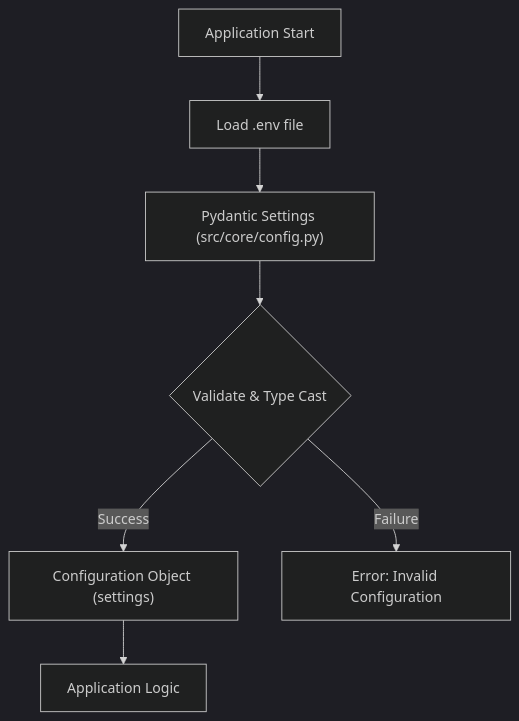
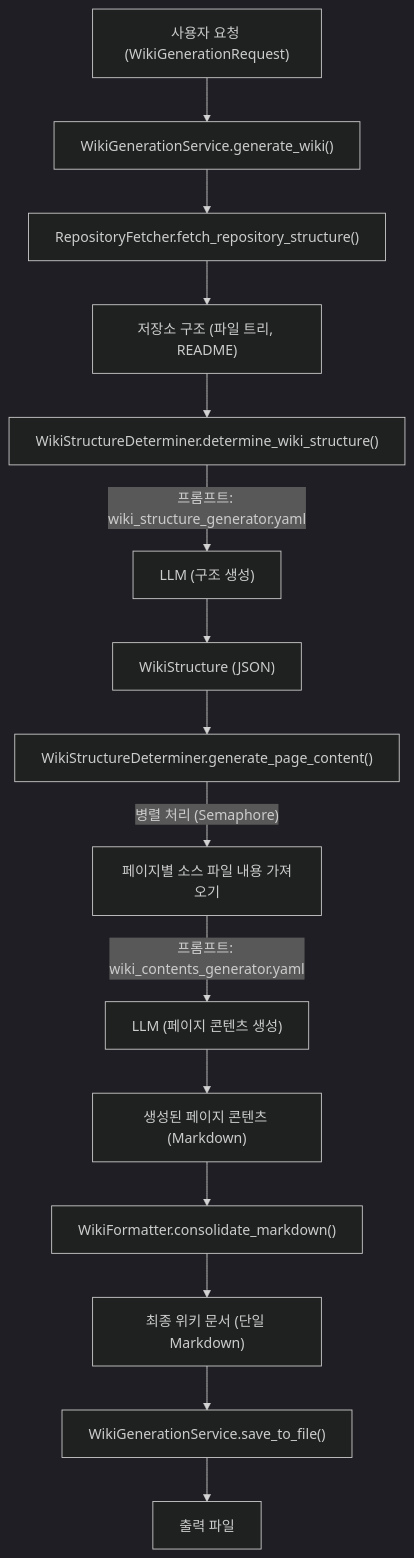
One commit to catuscio/wiki-as-readme changed the third of 21 diagrams in examples/wiki_as_README.md. Above: the diagram before and after it, drawn with Mermaid (dark theme). The commit also changed other lines of this file, not shown here.

Commit message:
docs: ✨Update examples/wiki_as_README.md via Wiki-As-Readme Action

````diff
--- a/examples/wiki_as_README.md
+++ b/examples/wiki_as_README.md
@@ -664,9 +330,21 @@
 ```mermaid
 graph TD
-    A["Application Start"] --> B["Load .env file"];
-    B --> C["Pydantic Settings (src/core/config.py)"];
-    C --> D{"Validate & Type Cast"};
-    D -- "Success" --> E["Configuration Object (settings)"];
-    D -- "Failure" --> F["Error: Invalid Configuration"];
-    E --> G["Application Logic"];
+    A["사용자 요청 (WikiGenerationRequest)"] --> B["WikiGenerationService.generate_wiki()"];
+
+    B --> C["RepositoryFetcher.fetch_repository_structure()"];
+    C --> D["저장소 구조 (파일 트리, README)"];
+
+    D --> E["WikiStructureDeterminer.determine_wiki_structure()"];
+    E -- "프롬프트: wiki_structure_generator.yaml" --> F["LLM (구조 생성)"];
+    F --> G["WikiStructure (JSON)"];
+
+    G --> H["WikiStructureDeterminer.generate_page_content()"];
+    H -- "병렬 처리 (Semaphore)" --> I["페이지별 소스 파일 내용 가져오기"];
+    I -- "프롬프트: wiki_contents_generator.yaml" --> J["LLM (페이지 콘텐츠 생성)"];
+    J --> K["생성된 페이지 콘텐츠 (Markdown)"];
+
+    K --> L["WikiFormatter.consolidate_markdown()"];
+    L --> M["최종 위키 문서 (단일 Markdown)"];
+    M --> N["WikiGenerationService.save_to_file()"];
+    N --> O["출력 파일"];
 ```
````
